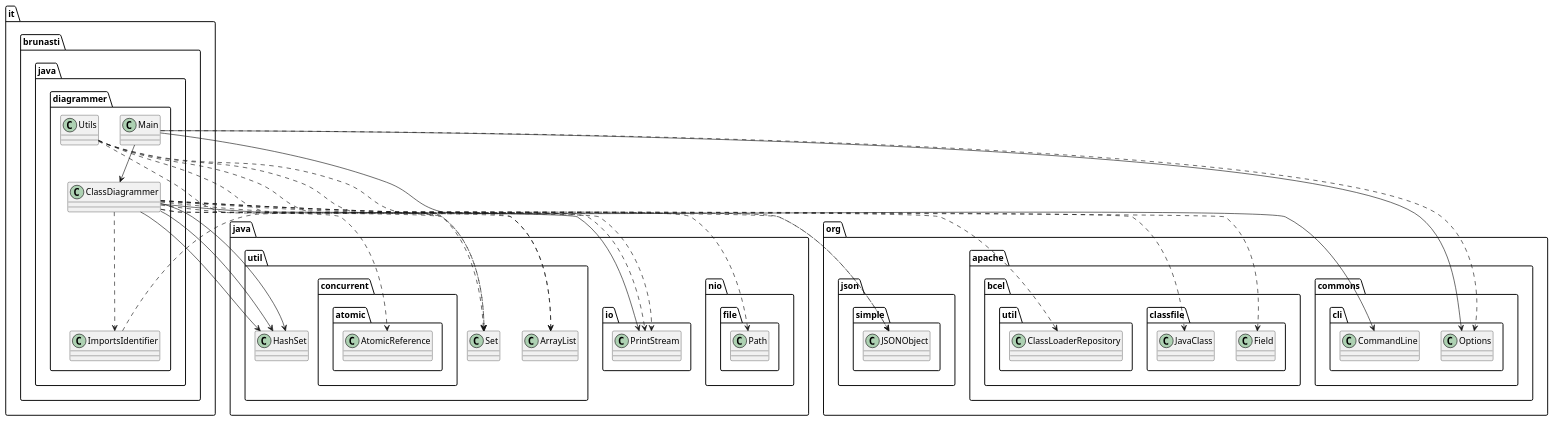
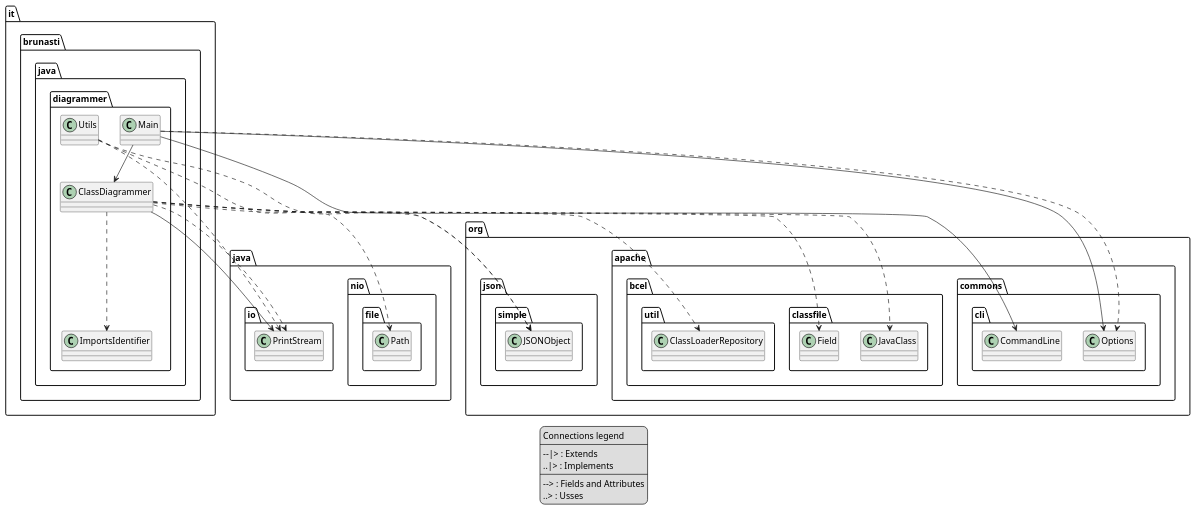
The diagram in docs/output.puml (brunasti/java-diagrammer), drawn with PlantUML before and after one commit. The commit also changed 6 other files, not shown here.

Commit message:
Loads legend file from config.json - handle not defined

```diff
--- a/docs/output.puml
+++ b/docs/output.puml
@@ -1,53 +1,53 @@
 @startuml
 'https://plantuml.com/class-diagram
 
 ' GENERATE CLASS DIAGRAM ===========
 ' Generator       : it.brunasti.java.diagrammer.ClassDiagrammer
 ' Path            : [./target/classes]
-' Configuration   : []
-' Generated at    : Fri Mar 29 12:10:16 CET 2024
+' Configuration   : [./docs/config-withLegend.json]
+' Generated at    : Fri Mar 29 12:29:38 CET 2024
+legend
+Connections legend
+----
+--|> : Extends
+..|> : Implements
+----
+--> : Fields and Attributes
+..> : Usses
+end legend
 
 
 
 ' CLASSES =======
 class it.brunasti.java.diagrammer.ClassDiagrammer
 class it.brunasti.java.diagrammer.Utils
 class it.brunasti.java.diagrammer.Main
 class it.brunasti.java.diagrammer.ImportsIdentifier
 
 ' INHERITANCES =======
 
 ' IMPLEMENT INTERFACE =======
 
 ' FIELDS =======
 it.brunasti.java.diagrammer.ClassDiagrammer --> java.io.PrintStream
-it.brunasti.java.diagrammer.ClassDiagrammer --> java.util.HashSet
-it.brunasti.java.diagrammer.ClassDiagrammer --> java.util.HashSet
-it.brunasti.java.diagrammer.ClassDiagrammer --> java.util.HashSet
 it.brunasti.java.diagrammer.Main --> org.apache.commons.cli.CommandLine
 it.brunasti.java.diagrammer.Main --> it.brunasti.java.diagrammer.ClassDiagrammer
 it.brunasti.java.diagrammer.Main --> org.apache.commons.cli.Options
 
 ' USES =======
 it.brunasti.java.diagrammer.ClassDiagrammer ..> java.io.PrintStream
-it.brunasti.java.diagrammer.ClassDiagrammer ..> java.util.Set
 it.brunasti.java.diagrammer.ClassDiagrammer ..> org.json.simple.JSONObject
 it.brunasti.java.diagrammer.ClassDiagrammer ..> org.apache.bcel.classfile.JavaClass
 it.brunasti.java.diagrammer.ClassDiagrammer ..> org.apache.bcel.classfile.Field
-it.brunasti.java.diagrammer.ClassDiagrammer ..> java.util.ArrayList
 it.brunasti.java.diagrammer.ClassDiagrammer ..> org.apache.bcel.util.ClassLoaderRepository
 it.brunasti.java.diagrammer.ClassDiagrammer ..> it.brunasti.java.diagrammer.ImportsIdentifier
-it.brunasti.java.diagrammer.ClassDiagrammer ..> java.util.concurrent.atomic.AtomicReference
 it.brunasti.java.diagrammer.Utils ..> java.io.PrintStream
-it.brunasti.java.diagrammer.Utils ..> java.util.ArrayList
-it.brunasti.java.diagrammer.Utils ..> java.util.Set
 it.brunasti.java.diagrammer.Utils ..> org.json.simple.JSONObject
 it.brunasti.java.diagrammer.Utils ..> java.nio.file.Path
 it.brunasti.java.diagrammer.Main ..> org.apache.commons.cli.Options
-it.brunasti.java.diagrammer.ImportsIdentifier ..> java.util.Set
 
 ' IMPORTS =======
 ' Java Files Path : 
 
 
 @enduml
```
